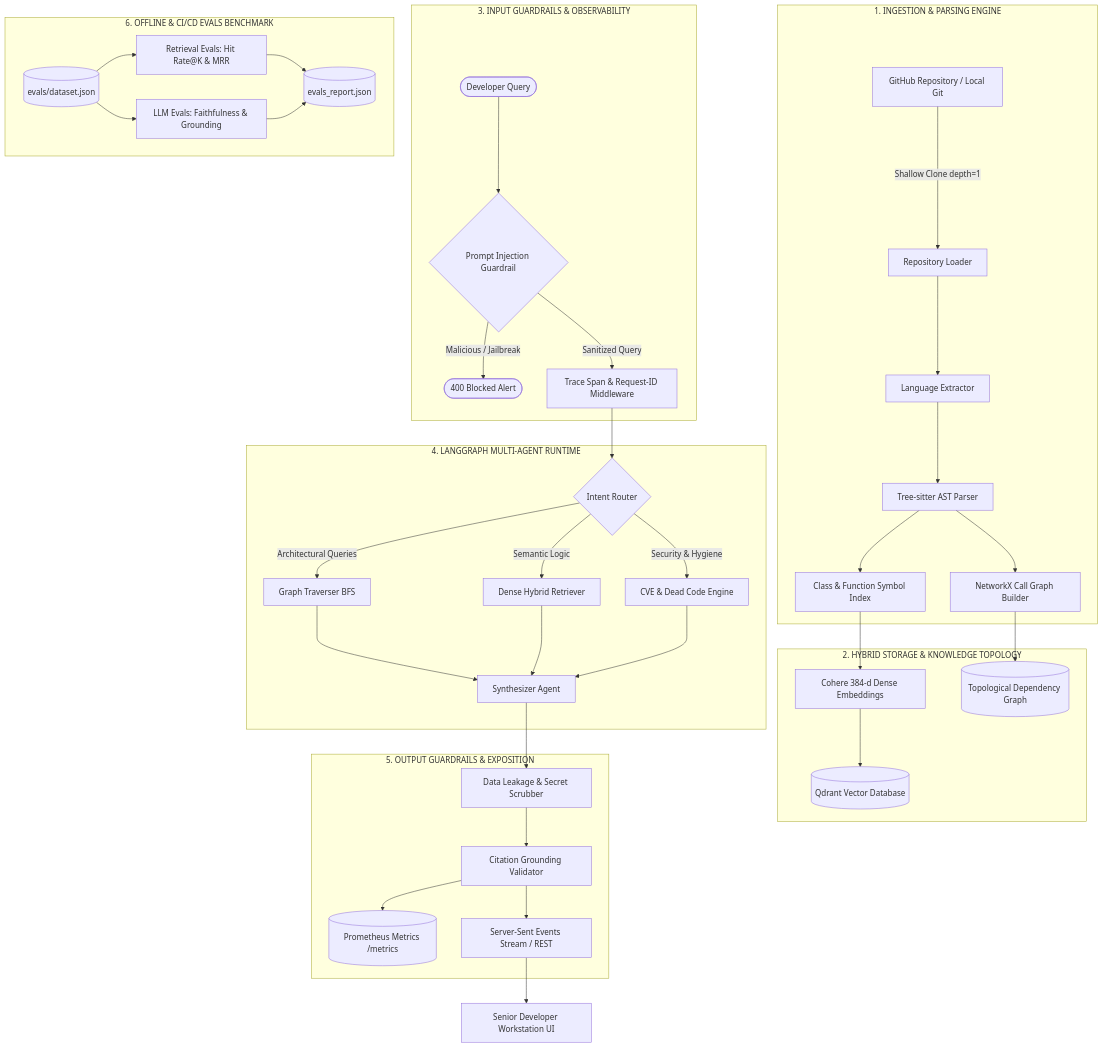
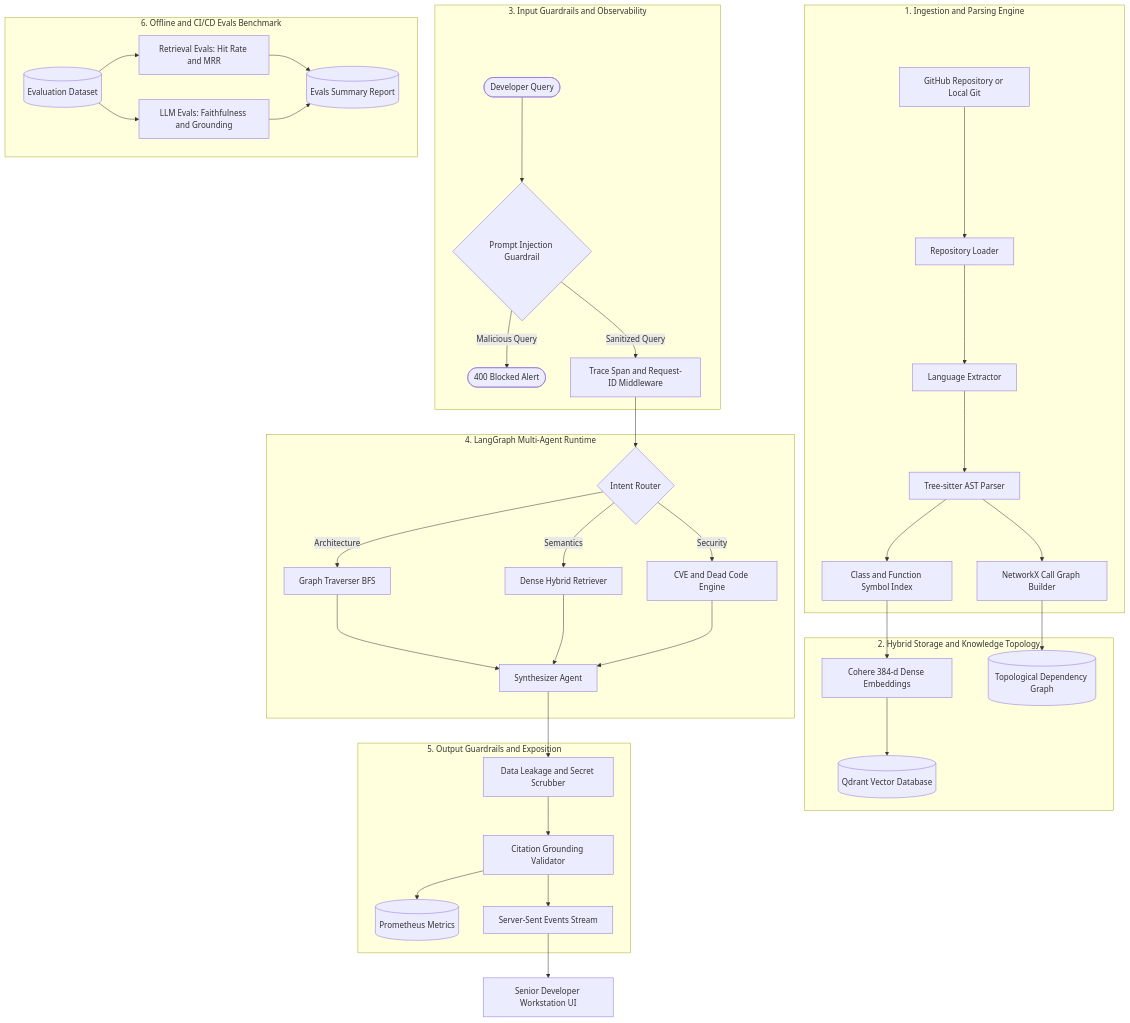
One commit to Mayank459/CodeBase changed the diagram in README.md. Above: the diagram before and after it, drawn with Mermaid.

Commit message:
fix(docs): resolve GitHub Mermaid diagram rendering error in README

````diff
--- a/README.md
+++ b/README.md
@@ -37,49 +37,83 @@
 ```mermaid
 flowchart TD
-    subgraph INGESTION["1. INGESTION & PARSING ENGINE"]
-        GH[GitHub Repository / Local Git] -->|Shallow Clone depth=1| CLN[Repository Loader]
-        CLN --> SCAN[Language Extractor]
-        SCAN --> TS[Tree-sitter AST Parser]
-        TS --> ENT[Class & Function Symbol Index]
-        TS --> NX[NetworkX Call Graph Builder]
+    subgraph INGESTION [1. Ingestion and Parsing Engine]
+        GH[GitHub Repository or Local Git]
+        CLN[Repository Loader]
+        SCAN[Language Extractor]
+        TS[Tree-sitter AST Parser]
+        ENT[Class and Function Symbol Index]
+        NX[NetworkX Call Graph Builder]
+
+        GH --> CLN
+        CLN --> SCAN
+        SCAN --> TS
+        TS --> ENT
+        TS --> NX
     end
 
-    subgraph STORAGE["2. HYBRID STORAGE & KNOWLEDGE TOPOLOGY"]
-        ENT --> COHERE[Cohere 384-d Dense Embeddings]
-        COHERE --> QDRANT[(Qdrant Vector Database)]
-        NX --> GRAPH_STORE[(Topological Dependency Graph)]
+    subgraph STORAGE [2. Hybrid Storage and Knowledge Topology]
+        COHERE[Cohere 384-d Dense Embeddings]
+        QDRANT[(Qdrant Vector Database)]
+        GRAPH_STORE[(Topological Dependency Graph)]
+
+        COHERE --> QDRANT
     end
 
-    subgraph GUARDRAILS_IN["3. INPUT GUARDRAILS & OBSERVABILITY"]
-        DEV([Developer Query]) --> G_IN{Prompt Injection Guardrail}
-        G_IN -->|Malicious / Jailbreak| BLK([400 Blocked Alert])
-        G_IN -->|Sanitized Query| TRACE[Trace Span & Request-ID Middleware]
+    subgraph GUARDRAILS_IN [3. Input Guardrails and Observability]
+        DEV([Developer Query])
+        G_IN{Prompt Injection Guardrail}
+        BLK([400 Blocked Alert])
+        TRACE[Trace Span and Request-ID Middleware]
+
+        DEV --> G_IN
+        G_IN -->|Malicious Query| BLK
+        G_IN -->|Sanitized Query| TRACE
     end
 
-    subgraph ORCHESTRATION["4. LANGGRAPH MULTI-AGENT RUNTIME"]
-        TRACE --> ROUTER{Intent Router}
-        ROUTER -->|Architectural Queries| BFS[Graph Traverser BFS]
-        ROUTER -->|Semantic Logic| VEC[Dense Hybrid Retriever]
-        ROUTER -->|Security & Hygiene| AUDIT[CVE & Dead Code Engine]
-        
-        BFS --> SYNTH[Synthesizer Agent]
+    subgraph ORCHESTRATION [4. LangGraph Multi-Agent Runtime]
+        ROUTER{Intent Router}
+        BFS[Graph Traverser BFS]
+        VEC[Dense Hybrid Retriever]
+        AUDIT[CVE and Dead Code Engine]
+        SYNTH[Synthesizer Agent]
+
+        ROUTER -->|Architecture| BFS
+        ROUTER -->|Semantics| VEC
+        ROUTER -->|Security| AUDIT
+        BFS --> SYNTH
         VEC --> SYNTH
         AUDIT --> SYNTH
     end
 
-    subgraph GUARDRAILS_OUT["5. OUTPUT GUARDRAILS & EXPOSITION"]
-        SYNTH --> G_LEAK[Data Leakage & Secret Scrubber]
-        G_LEAK --> G_CIT[Citation Grounding Validator]
-        G_CIT --> PROM[(Prometheus Metrics /metrics)]
-        G_CIT --> SSE[Server-Sent Events Stream / REST]
+    subgraph GUARDRAILS_OUT [5. Output Guardrails and Exposition]
+        G_LEAK[Data Leakage and Secret Scrubber]
+        G_CIT[Citation Grounding Validator]
+        PROM[(Prometheus Metrics)]
+        SSE[Server-Sent Events Stream]
+
+        G_LEAK --> G_CIT
+        G_CIT --> PROM
+        G_CIT --> SSE
     end
 
-    subgraph EVALS["6. OFFLINE & CI/CD EVALS BENCHMARK"]
-        BENCH[(evals/dataset.json)] --> RET_EVAL[Retrieval Evals: Hit Rate@K & MRR]
-        BENCH --> LLM_EVAL[LLM Evals: Faithfulness & Grounding]
-        RET_EVAL --> REPORT[(evals_report.json)]
+    subgraph EVALS [6. Offline and CI/CD Evals Benchmark]
+        BENCH[(Evaluation Dataset)]
+        RET_EVAL[Retrieval Evals: Hit Rate and MRR]
+        LLM_EVAL[LLM Evals: Faithfulness and Grounding]
+        REPORT[(Evals Summary Report)]
+
+        BENCH --> RET_EVAL
+        BENCH --> LLM_EVAL
+        RET_EVAL --> REPORT
         LLM_EVAL --> REPORT
     end
 
-    SSE --> FE[Senior Developer Workstation UI]
+    FE[Senior Developer Workstation UI]
+
+    %% Root-Level Cross-Cluster Dataflow
+    ENT --> COHERE
+    NX --> GRAPH_STORE
+    TRACE --> ROUTER
+    SYNTH --> G_LEAK
+    SSE --> FE
 ```
````
